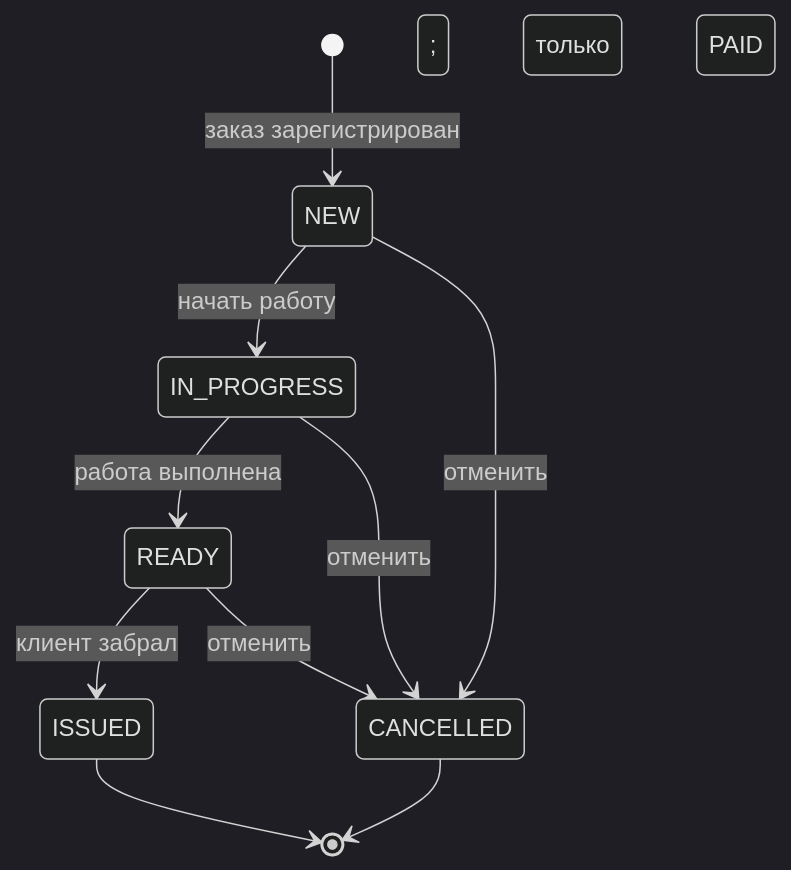
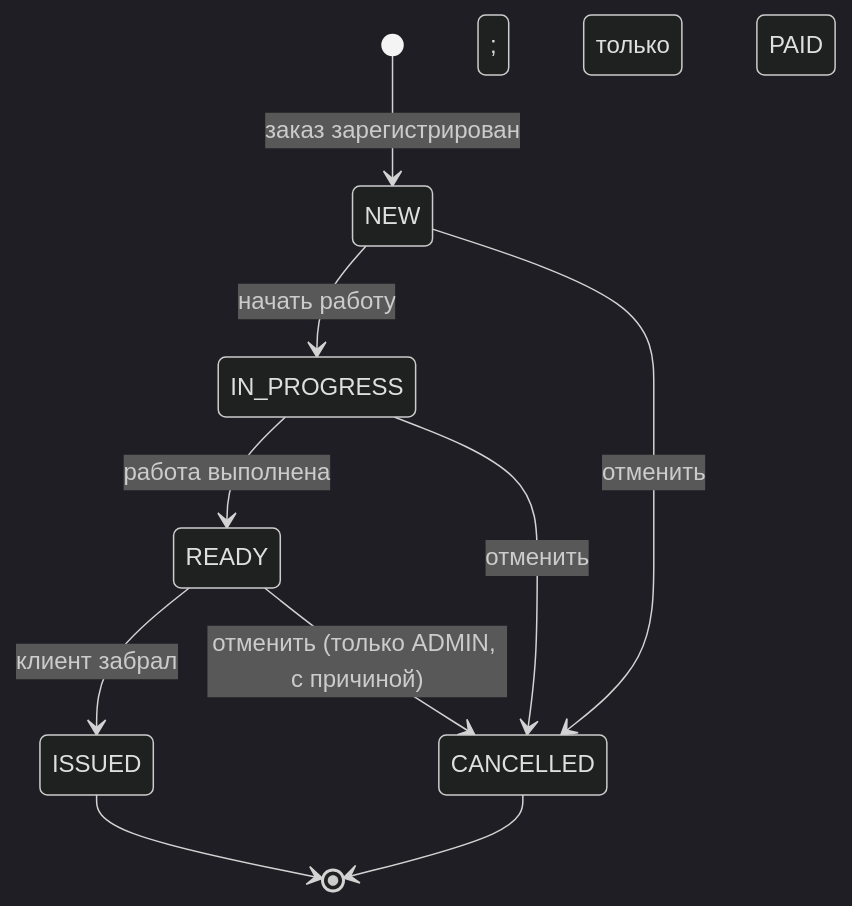
One commit to ironstars219-ui/key changed the first of 4 diagrams in docs/architecture.md. Above: the diagram before and after it, drawn with Mermaid (dark theme). The commit also changed other lines of this file, not shown here.

````diff
--- a/docs/architecture.md
+++ b/docs/architecture.md
@@ -163,12 +163,12 @@
 ```mermaid
 stateDiagram-v2
     [*] --> NEW: заказ зарегистрирован
     NEW --> IN_PROGRESS: начать работу
     IN_PROGRESS --> READY: работа выполнена
     READY --> ISSUED: клиент забрал; только PAID
     NEW --> CANCELLED: отменить
     IN_PROGRESS --> CANCELLED: отменить
-    READY --> CANCELLED: отменить
+    READY --> CANCELLED: отменить (только ADMIN, с причиной)
     ISSUED --> [*]
     CANCELLED --> [*]
 ```
````
